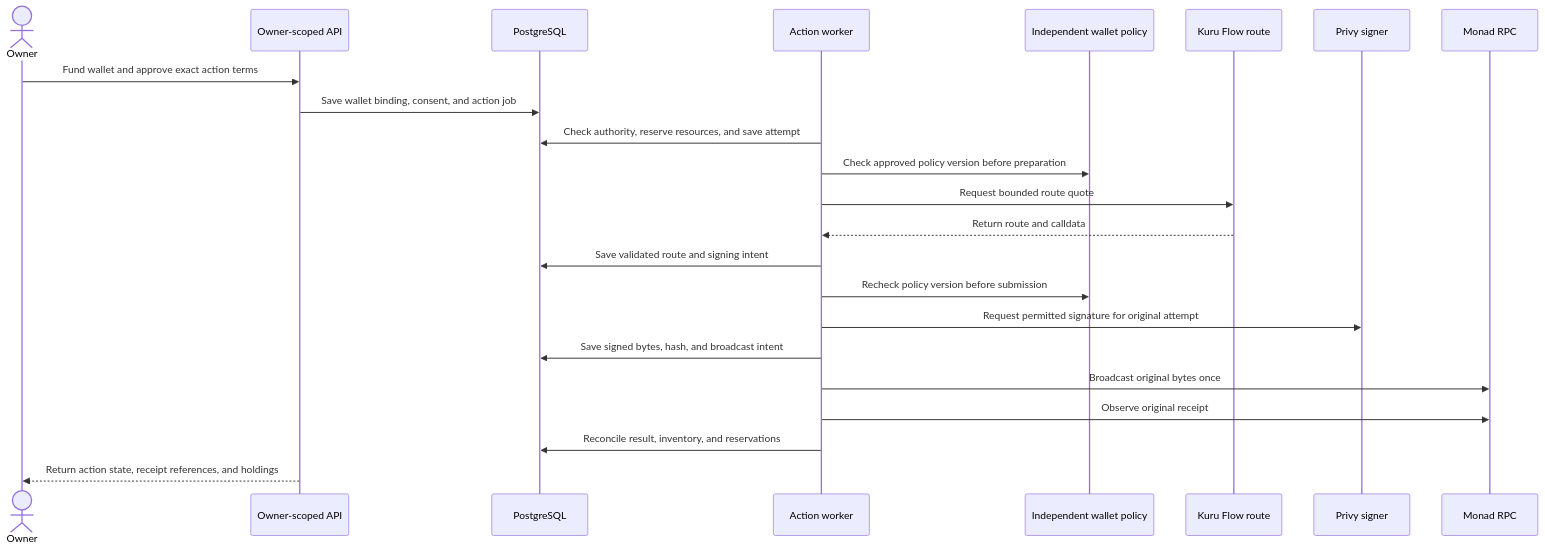
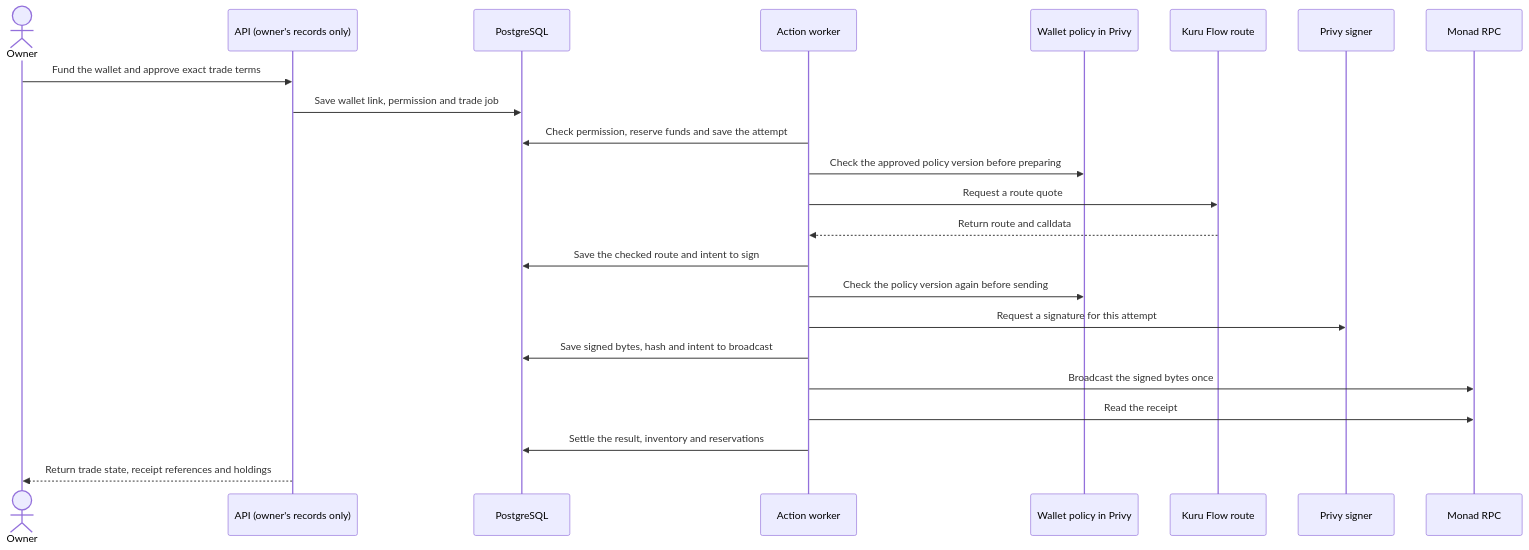
One commit to edge-os-app/edge-os changed the third of 3 diagrams in docs/architecture/README.md. Above: the diagram before and after it, drawn with Mermaid. The commit also changed other lines of this file and 8 other files, not shown here.

First line of the commit message:
docs: rewrite README and architecture guide around the product story

````diff
--- a/docs/architecture/README.md
+++ b/docs/architecture/README.md
@@ -165,25 +165,25 @@
 ```mermaid
 sequenceDiagram
   actor Owner
-  participant API as Owner-scoped API
+  participant API as API (owner's records only)
   participant DB as PostgreSQL
   participant Worker as Action worker
-  participant Policy as Independent wallet policy
+  participant Policy as Wallet policy in Privy
   participant Kuru as Kuru Flow route
   participant Privy as Privy signer
   participant Monad as Monad RPC
-  Owner->>API: Fund wallet and approve exact action terms
-  API->>DB: Save wallet binding, consent, and action job
-  Worker->>DB: Check authority, reserve resources, and save attempt
-  Worker->>Policy: Check approved policy version before preparation
-  Worker->>Kuru: Request bounded route quote
+  Owner->>API: Fund the wallet and approve exact trade terms
+  API->>DB: Save wallet link, permission and trade job
+  Worker->>DB: Check permission, reserve funds and save the attempt
+  Worker->>Policy: Check the approved policy version before preparing
+  Worker->>Kuru: Request a route quote
   Kuru-->>Worker: Return route and calldata
-  Worker->>DB: Save validated route and signing intent
-  Worker->>Policy: Recheck policy version before submission
-  Worker->>Privy: Request permitted signature for original attempt
-  Worker->>DB: Save signed bytes, hash, and broadcast intent
-  Worker->>Monad: Broadcast original bytes once
-  Worker->>Monad: Observe original receipt
-  Worker->>DB: Reconcile result, inventory, and reservations
-  API-->>Owner: Return action state, receipt references, and holdings
+  Worker->>DB: Save the checked route and intent to sign
+  Worker->>Policy: Check the policy version again before sending
+  Worker->>Privy: Request a signature for this attempt
+  Worker->>DB: Save signed bytes, hash and intent to broadcast
+  Worker->>Monad: Broadcast the signed bytes once
+  Worker->>Monad: Read the receipt
+  Worker->>DB: Settle the result, inventory and reservations
+  API-->>Owner: Return trade state, receipt references and holdings
 ```
````
